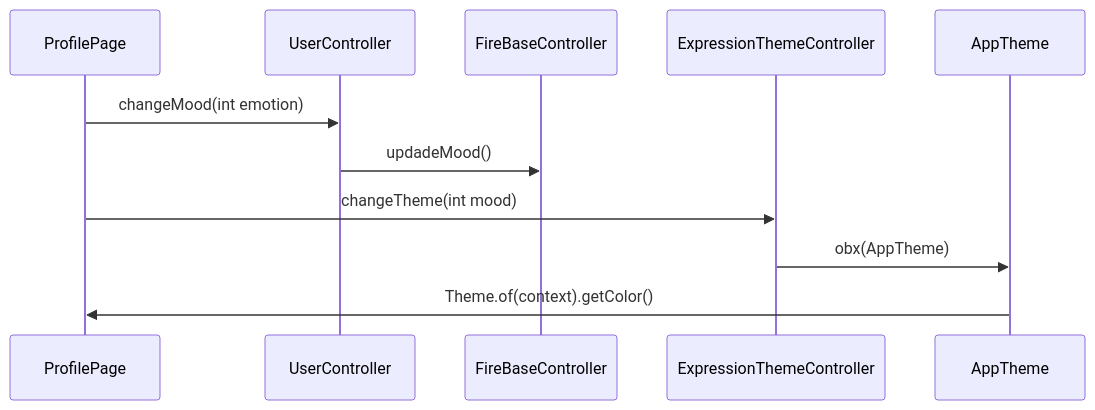
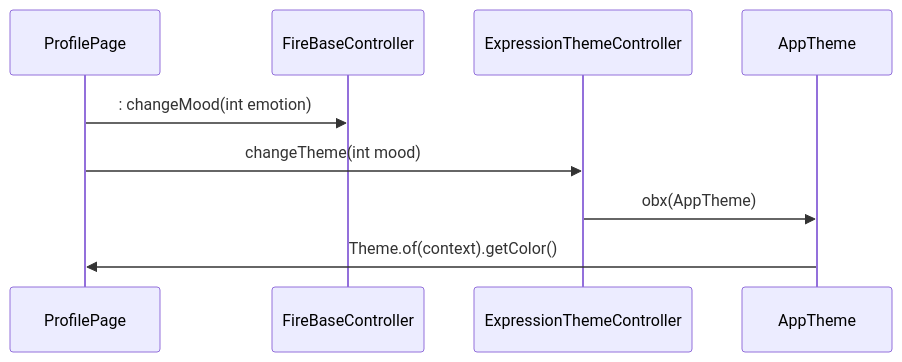
The second of 3 diagrams in docs/emoChat/appStructure.md (EricFradera/computacion_afectica), drawn with Mermaid before and after one commit. The commit also changed other lines of this file and 31 other files, not shown here.

````diff
--- a/docs/emoChat/appStructure.md
+++ b/docs/emoChat/appStructure.md
@@ -65,10 +30,10 @@
 ``` mermaid
 sequenceDiagram
-  ProfilePage->>UserController: changeMood(int emotion)
-  UserController ->> FireBaseController: updadeMood()
+  ProfilePage->>FireBaseController:: changeMood(int emotion)
+
   ProfilePage ->> ExpressionThemeController: changeTheme(int mood)
 
   ExpressionThemeController->> AppTheme: obx(AppTheme)
   AppTheme ->>  ProfilePage: Theme.of(context).getColor()
  
 ```
````
